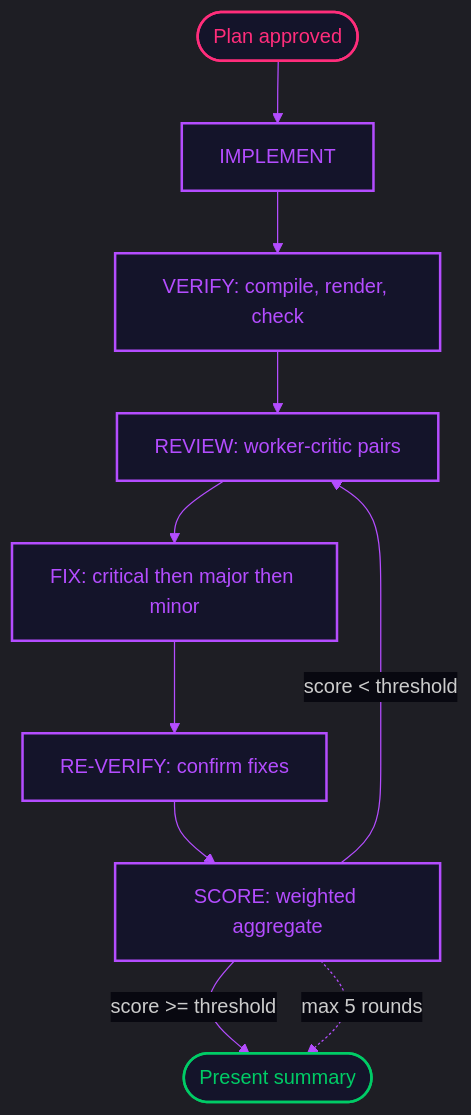
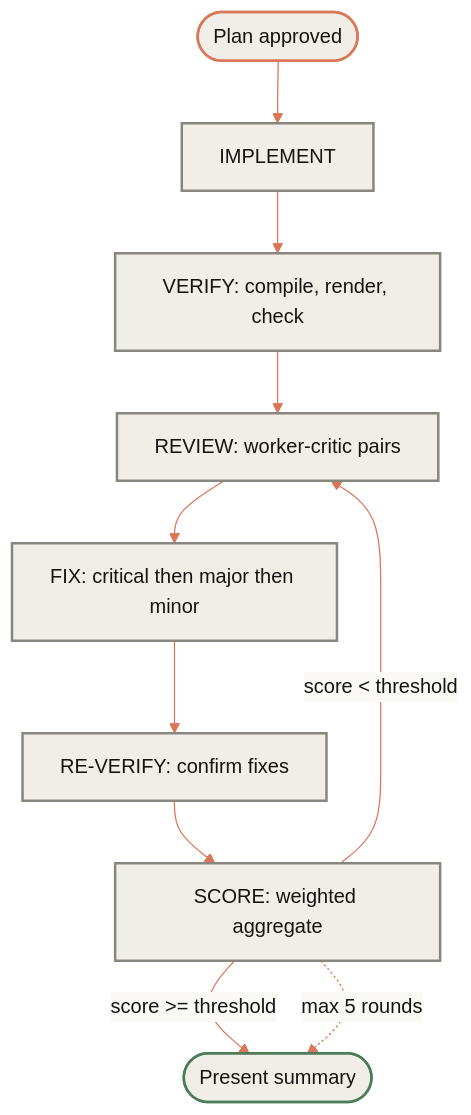
The fourth of 4 diagrams in guide/architecture.qmd (patrickjcrawford/cc-research-assistant), drawn with Mermaid before and after one commit. The commit also changed other lines of this file and 26 other files, not shown here.

````diff
--- a/guide/architecture.qmd
+++ b/guide/architecture.qmd
@@ -197,17 +197,17 @@
 ```{mermaid}
-%%{init: {'theme': 'dark', 'themeVariables': {'primaryColor': '#14142a', 'primaryTextColor': '#d0d0e0', 'primaryBorderColor': '#b44dff', 'lineColor': '#b44dff', 'secondaryColor': '#0c0c18', 'tertiaryColor': '#080810', 'edgeLabelBackground': '#080810'}}}%%
+%%{init: {'theme': 'base', 'themeVariables': {'primaryColor': '#f0eee6', 'primaryTextColor': '#141413', 'primaryBorderColor': '#d1cfc5', 'lineColor': '#d97757', 'secondaryColor': '#faf9f5', 'tertiaryColor': '#e6e3da', 'edgeLabelBackground': '#faf9f5', 'clusterBkg': '#f0eee6', 'clusterBorder': '#d1cfc5'}}}%%
 flowchart TD
     START([Plan approved]):::start --> IMPL[IMPLEMENT]:::step
     IMPL --> VERIFY[VERIFY: compile, render, check]:::step
     VERIFY --> REVIEW[REVIEW: worker-critic pairs]:::step
     REVIEW --> FIX[FIX: critical then major then minor]:::step
     FIX --> REVERIFY[RE-VERIFY: confirm fixes]:::step
     REVERIFY --> SCORE[SCORE: weighted aggregate]:::step
     SCORE -->|score >= threshold| DONE([Present summary]):::approved
     SCORE -->|score < threshold| REVIEW
     SCORE -.->|max 5 rounds| DONE
 
-    classDef start fill:#14142a,stroke:#ff2d7b,color:#ff2d7b,stroke-width:2px
-    classDef step fill:#14142a,stroke:#b44dff,color:#b44dff,stroke-width:2px
-    classDef approved fill:#14142a,stroke:#00cc66,color:#00cc66,stroke-width:2px
+    classDef start fill:#f0eee6,stroke:#d97757,color:#141413,stroke-width:2px
+    classDef step fill:#f0eee6,stroke:#87867f,color:#141413,stroke-width:2px
+    classDef approved fill:#f0eee6,stroke:#4d7c5a,color:#141413,stroke-width:2px
 ```
````
